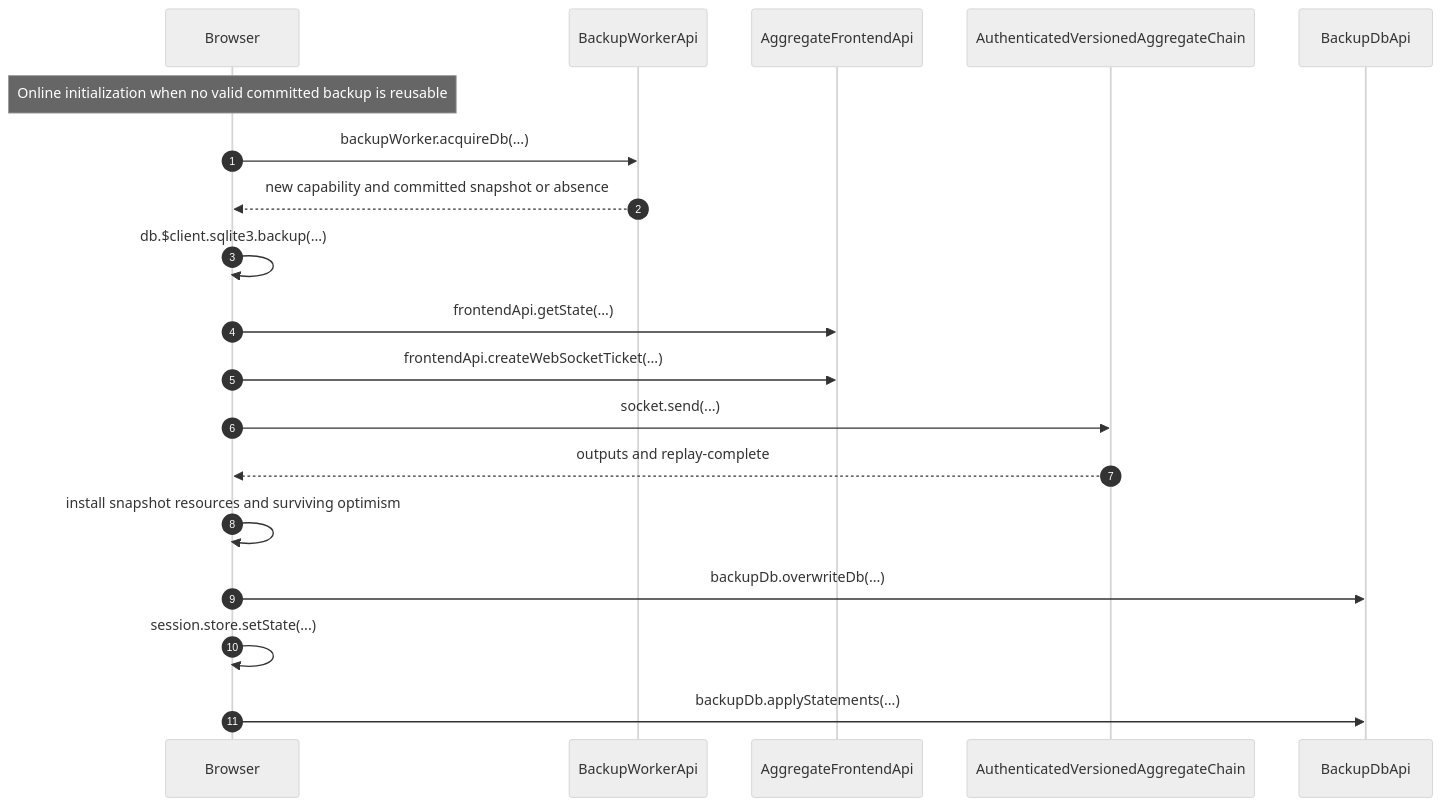
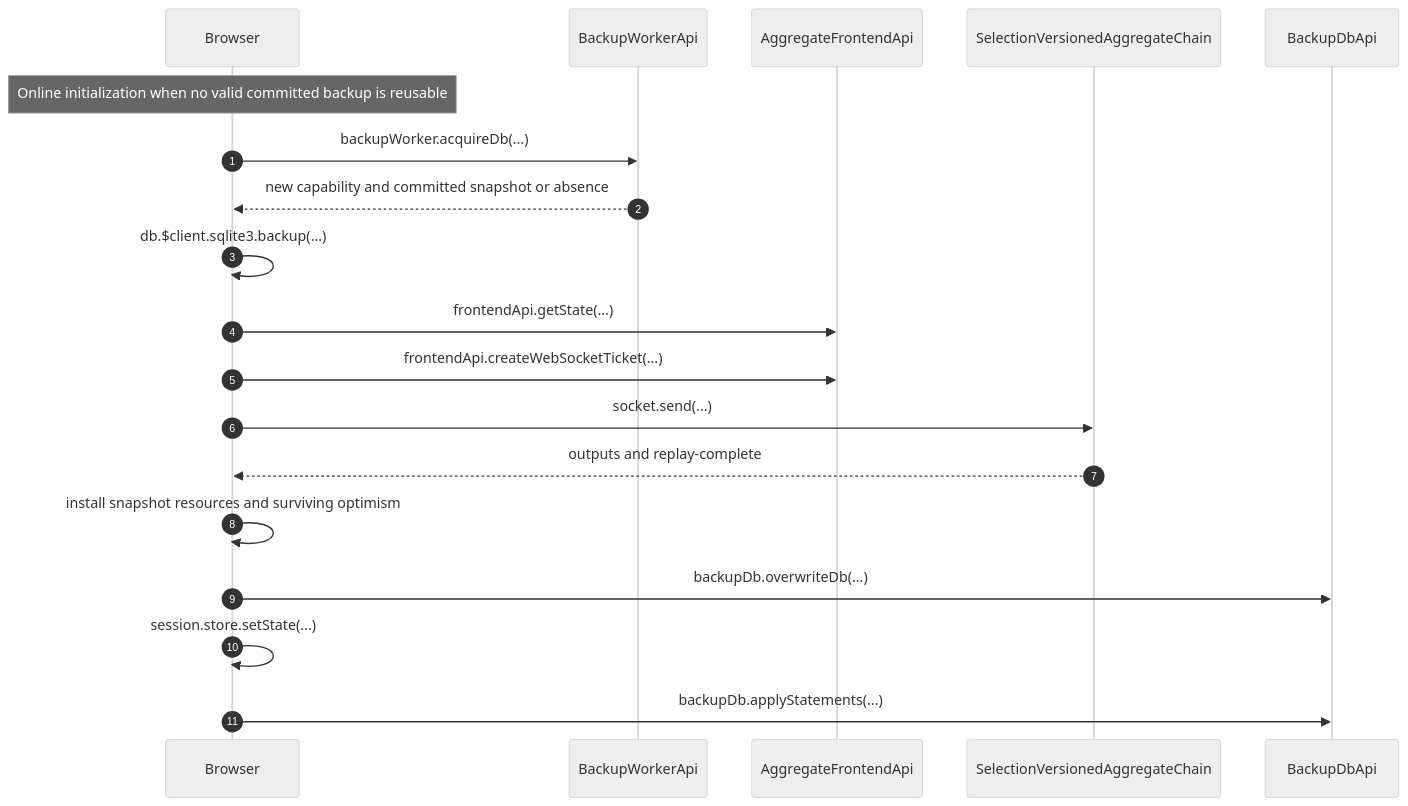
One commit to morgs32/qrk.sh changed the diagram in wiki/architecture/browser/bootstrapBrowserSession.md. Above: the diagram before and after it, drawn with Mermaid (neutral theme). The commit also changed other lines of this file and 148 other files, not shown here.

````diff
--- a/wiki/architecture/browser/bootstrapBrowserSession.md
+++ b/wiki/architecture/browser/bootstrapBrowserSession.md
@@ -39,31 +40,31 @@
 ```mermaid
 sequenceDiagram
   participant Browser
   participant BackupWorkerApi
   participant AggregateFrontendApi
-  participant AuthenticatedVersionedAggregateChain
+  participant SelectionVersionedAggregateChain
   participant BackupDbApi
   Note over Browser: Online initialization when no valid committed backup is reusable
   autonumber 1
   Browser->>BackupWorkerApi: backupWorker.acquireDb(...)
   autonumber 2
   BackupWorkerApi-->>Browser: new capability and committed snapshot or absence
   autonumber 3
   Browser->>Browser: db.$client.sqlite3.backup(...)
   autonumber 4
   Browser->>AggregateFrontendApi: frontendApi.getState(...)
   autonumber 5
   Browser->>AggregateFrontendApi: frontendApi.createWebSocketTicket(...)
   autonumber 6
-  Browser->>AuthenticatedVersionedAggregateChain: socket.send(...)
+  Browser->>SelectionVersionedAggregateChain: socket.send(...)
   autonumber 7
-  AuthenticatedVersionedAggregateChain-->>Browser: outputs and replay-complete
+  SelectionVersionedAggregateChain-->>Browser: outputs and replay-complete
   autonumber 8
   Browser->>Browser: install snapshot resources and surviving optimism
   autonumber 9
   Browser->>BackupDbApi: backupDb.overwriteDb(...)
   autonumber 10
   Browser->>Browser: session.store.setState(...)
   autonumber 11
   Browser->>BackupDbApi: backupDb.applyStatements(...)
 ```
````
